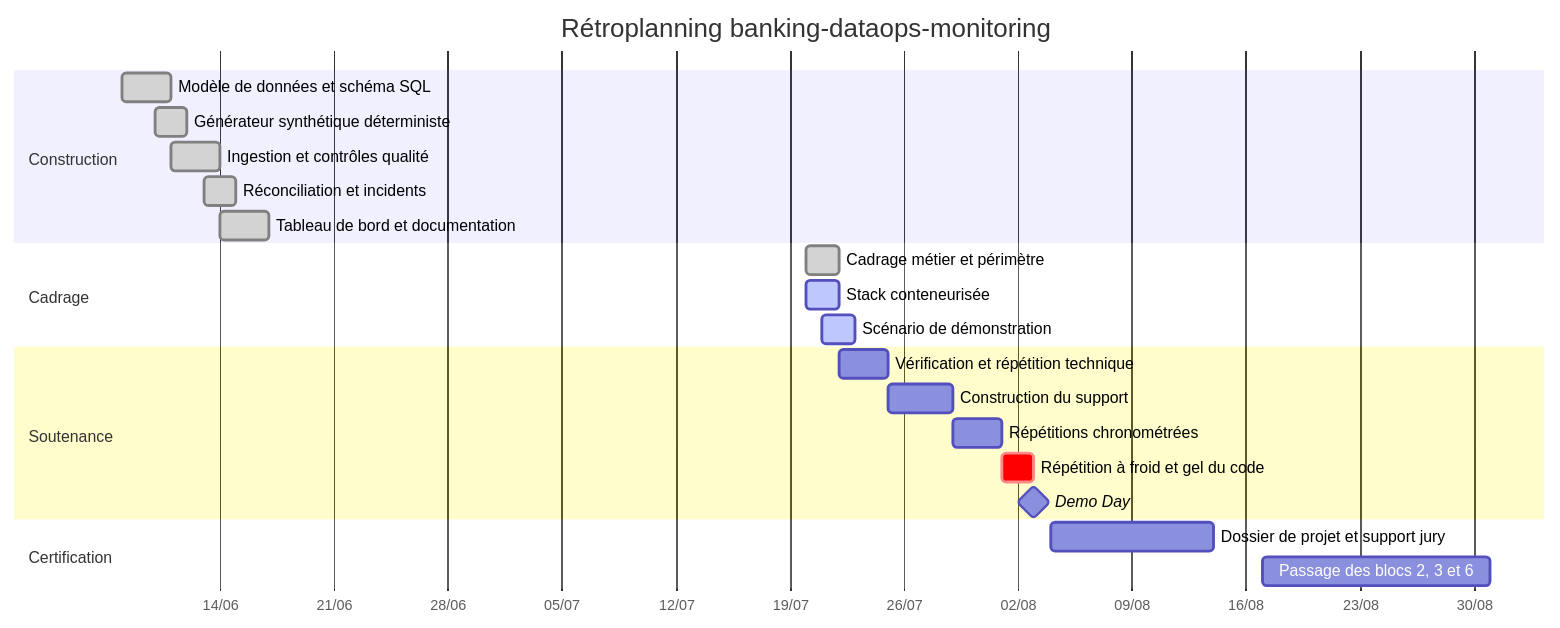
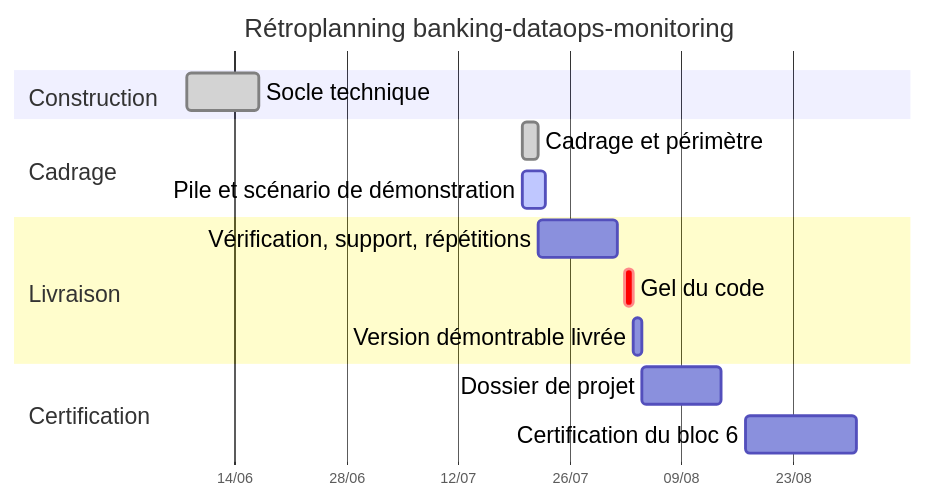
One commit to KinSushi/jedha-rncp35288-portfolio changed the diagram in bloc_6_project_governance/banking_dataops_monitoring/docs/project/03-retroplanning.md. Above: the diagram before and after it, drawn with Mermaid. The commit also changed other lines of this file and 108 other files, not shown here.

Commit message:
Bloc 6 : code et documents de l'archive déposée (9925bbb), épuration de la v2 conservée, fichiers non publiés signalés ; mention de droits

````diff
--- a/bloc_6_project_governance/banking_dataops_monitoring/docs/project/03-retroplanning.md
+++ b/bloc_6_project_governance/banking_dataops_monitoring/docs/project/03-retroplanning.md
@@ -15,29 +15,24 @@
 ```mermaid
+%%{init: {"gantt": {"useWidth": 660, "fontSize": 16, "sectionFontSize": 16, "barHeight": 26, "barGap": 8, "leftPadding": 120}}}%%
 gantt
     title Rétroplanning banking-dataops-monitoring
     dateFormat YYYY-MM-DD
     axisFormat %d/%m
+    tickInterval 2week
 
     section Construction
-    Modèle de données et schéma SQL      :done, c1, 2026-06-08, 3d
-    Générateur synthétique déterministe  :done, c2, 2026-06-10, 2d
-    Ingestion et contrôles qualité       :done, c3, 2026-06-11, 3d
-    Réconciliation et incidents          :done, c4, 2026-06-13, 2d
-    Tableau de bord et documentation     :done, c5, 2026-06-14, 3d
+    Socle technique                      :done, c1, 2026-06-08, 2026-06-17
 
     section Cadrage
-    Cadrage métier et périmètre          :done, p1, 2026-07-20, 2d
-    Stack conteneurisée                  :active, p2, 2026-07-20, 2d
-    Scénario de démonstration            :active, p3, 2026-07-21, 2d
+    Cadrage et périmètre                 :done, p1, 2026-07-20, 2d
+    Pile et scénario de démonstration    :active, p2, 2026-07-20, 2026-07-23
 
-    section Soutenance
-    Vérification et répétition technique :r1, 2026-07-22, 3d
-    Construction du support              :r2, 2026-07-25, 4d
-    Répétitions chronométrées            :r3, 2026-07-29, 3d
-    Répétition à froid et gel du code    :crit, r4, 2026-08-01, 2d
-    Demo Day                             :milestone, m1, 2026-08-03, 0d
+    section Livraison
+    Vérification, support, répétitions   :r1, 2026-07-22, 2026-08-01
+    Gel du code                          :crit, r2, 2026-08-02, 1d
+    Version démontrable livrée           :m1, 2026-08-03, 1d
 
     section Certification
-    Dossier de projet et support jury    :cert1, 2026-08-04, 10d
-    Passage des blocs 2, 3 et 6          :cert2, 2026-08-17, 14d
+    Dossier de projet                    :cert1, 2026-08-04, 10d
+    Certification du bloc 6              :cert2, 2026-08-17, 14d
 ```
````
